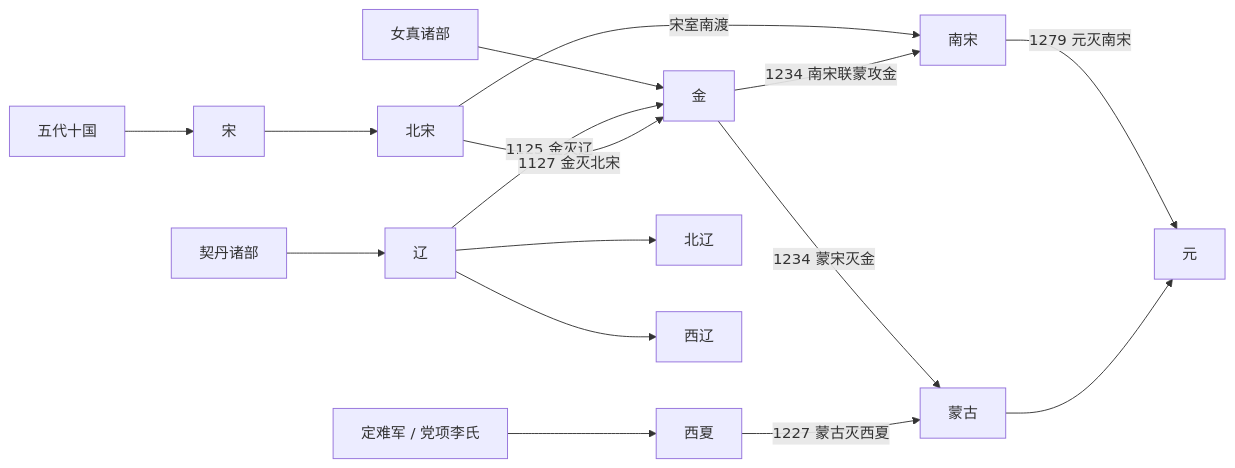
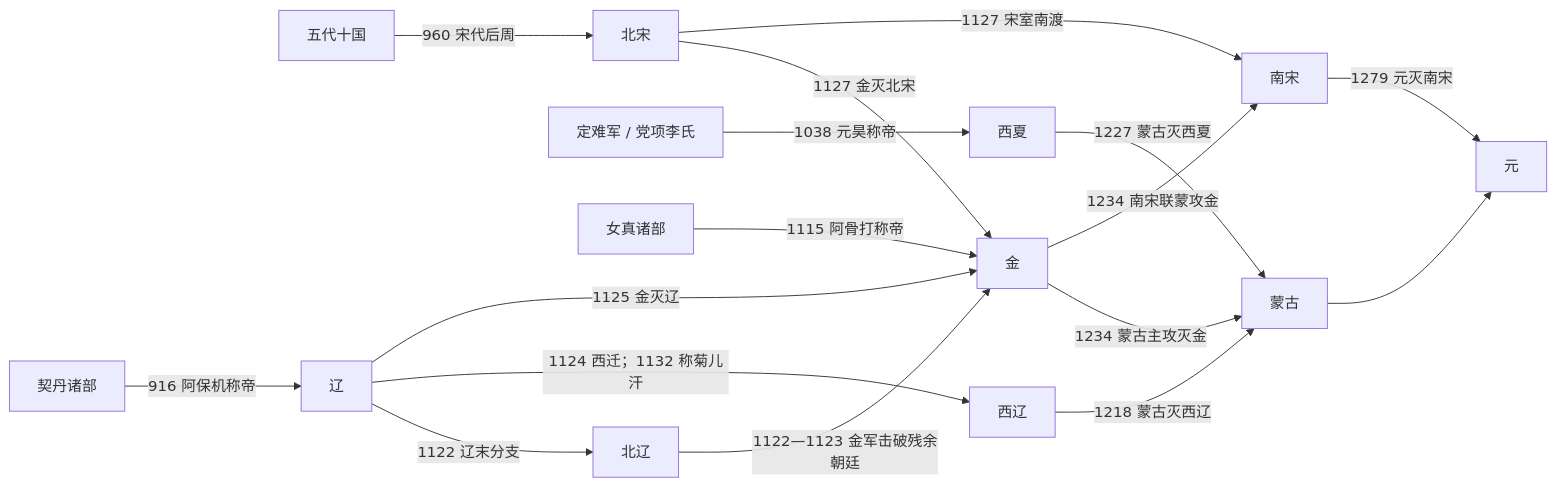
Before and after one commit to tianlan-dev/learning-notes: the diagram in 人文科学/历史/东亚/中国/辽宋金西夏/README.md, drawn with Mermaid. The commit also changed other lines of this file and 1417 other files, not shown here.

````diff
--- a/人文科学/历史/东亚/中国/辽宋金西夏/README.md
+++ b/人文科学/历史/东亚/中国/辽宋金西夏/README.md
@@ -15,18 +17,19 @@
 ```mermaid
 flowchart LR
-  FiveDynasties[五代十国] --> Song[宋]
-  Khitan[契丹诸部] --> Liao[辽]
-  Dingnan["定难军 / 党项李氏"] --> WesternXia[西夏]
-  Jurchen[女真诸部] --> Jin[金]
-  Liao --> NorthernLiao[北辽]
-  Liao --> WesternLiao[西辽]
-  Song --> NorthernSong[北宋]
-  NorthernSong -->|宋室南渡| SouthernSong[南宋]
-  Liao -->|1125 金灭辽| Jin
-  NorthernSong -->|1127 金灭北宋| Jin
-  Jin -->|1234 蒙宋灭金| Mongol[蒙古]
-  Jin -->|1234 南宋联蒙攻金| SouthernSong
-  WesternXia -->|1227 蒙古灭西夏| Mongol
-  SouthernSong -->|1279 元灭南宋| Yuan[元]
+  FiveDynasties["五代十国"] -->|"960 宋代后周"| NorthernSong["北宋"]
+  Khitan["契丹诸部"] -->|"916 阿保机称帝"| Liao["辽"]
+  Dingnan["定难军 / 党项李氏"] -->|"1038 元昊称帝"| WesternXia["西夏"]
+  Jurchen["女真诸部"] -->|"1115 阿骨打称帝"| Jin["金"]
+  Liao -->|"1122 辽末分支"| NorthernLiao["北辽"]
+  Liao -->|"1124 西迁；1132 称菊儿汗"| WesternLiao["西辽"]
+  Liao -->|"1125 金灭辽"| Jin
+  NorthernLiao -->|"1122—1123 金军击破残余朝廷"| Jin
+  NorthernSong -->|"1127 金灭北宋"| Jin
+  NorthernSong -->|"1127 宋室南渡"| SouthernSong["南宋"]
+  WesternLiao -->|"1218 蒙古灭西辽"| Mongol["蒙古"]
+  WesternXia -->|"1227 蒙古灭西夏"| Mongol
+  Jin -->|"1234 蒙古主攻灭金"| Mongol
+  Jin -->|"1234 南宋联蒙攻金"| SouthernSong
+  SouthernSong -->|"1279 元灭南宋"| Yuan["元"]
   Mongol --> Yuan
 ```
````
